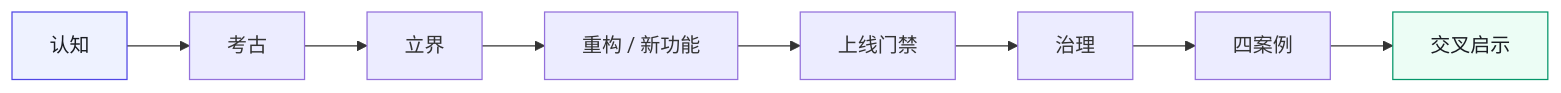
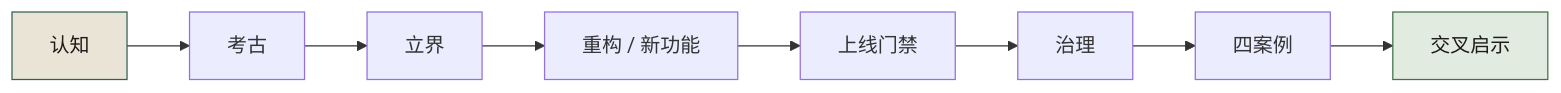
One commit to funny8kids/AI_Native_Software_Engineering changed the diagram in docs/guide.md. Above: the diagram before and after it, drawn with Mermaid. The commit also changed 81 other files, not shown here.

````diff
--- a/docs/guide.md
+++ b/docs/guide.md
@@ -46,12 +46,12 @@
 ```mermaid
 flowchart LR
   A[认知] --> B[考古]
   B --> C[立界]
   C --> D[重构 / 新功能]
   D --> E[上线门禁]
   E --> F[治理]
   F --> G[四案例]
   G --> H[交叉启示]
-  style A fill:#eef2ff,stroke:#4f46e5,color:#1a1d23
-  style H fill:#ecfdf5,stroke:#059669,color:#1a1d23
+  style A fill:#eae4d6,stroke:#2f6154,color:#1e1c19
+  style H fill:#e2ebdf,stroke:#3e7247,color:#1e1c19
 ```
````
